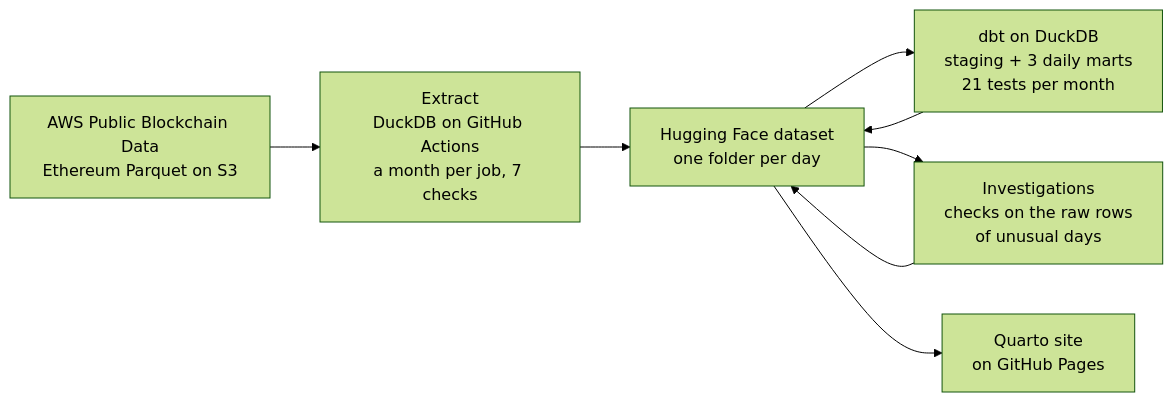
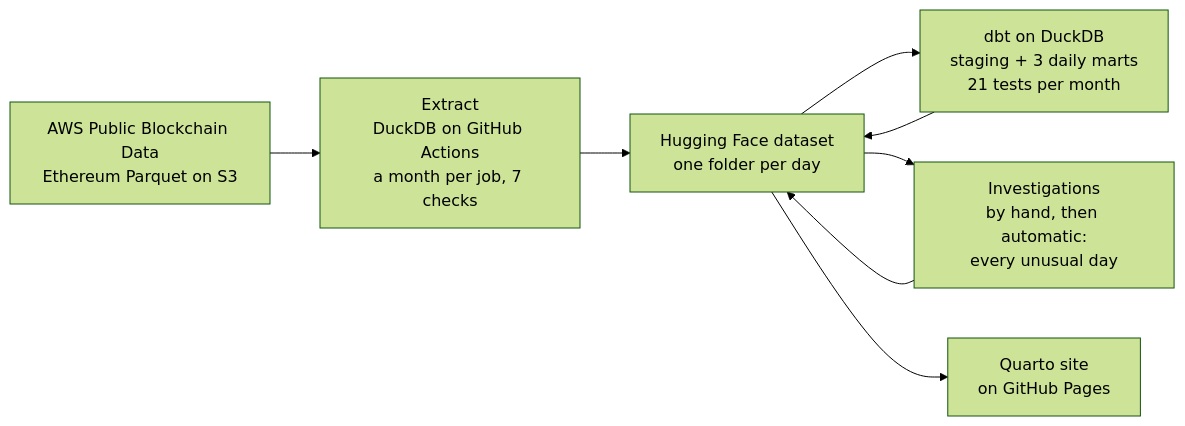
Before and after one commit to Andreas142/twinfault: the diagram in README.md, drawn with Mermaid (forest theme). The commit also changed other lines of this file and 2 other files, not shown here.

Commit message:
Compare against days before the whole wave

````diff
--- a/README.md
+++ b/README.md
@@ -42,10 +53,10 @@
 ```mermaid
 flowchart LR
     A["AWS Public Blockchain Data<br/>Ethereum Parquet on S3"] --> B["Extract<br/>DuckDB on GitHub Actions<br/>a month per job, 7 checks"]
     B --> C["Hugging Face dataset<br/>one folder per day"]
     C --> D["dbt on DuckDB<br/>staging + 3 daily marts<br/>21 tests per month"]
     D --> C
-    C --> E["Investigations<br/>checks on the raw rows<br/>of unusual days"]
+    C --> E["Investigations<br/>by hand, then automatic:<br/>every unusual day"]
     E --> C
     C --> F["Quarto site<br/>on GitHub Pages"]
 ```
````
